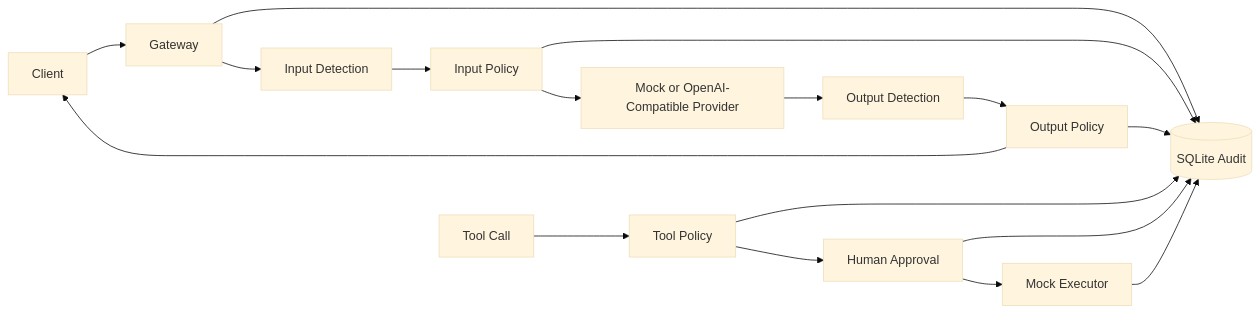
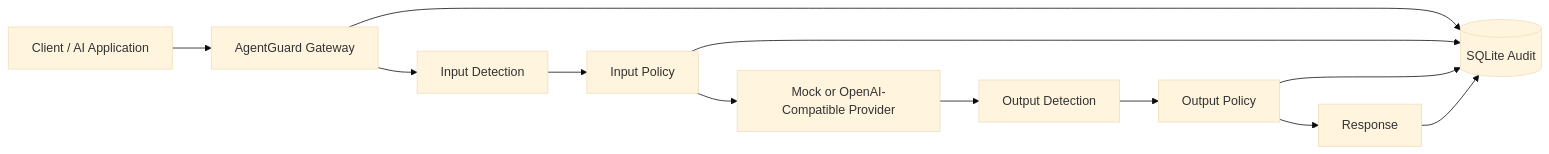
The diagram in README.md (Bitesdust-3/agentguard), drawn with Mermaid (base theme) before and after one commit. The commit also changed other lines of this file and 32 other files, not shown here.

````diff
--- a/README.md
+++ b/README.md
@@ -40,20 +43,14 @@
 ```mermaid
 flowchart LR
-    Client --> Gateway
+    Client[Client / AI Application] --> Gateway[AgentGuard Gateway]
     Gateway --> InputGuard[Input Detection]
     InputGuard --> InputPolicy[Input Policy]
     InputPolicy --> Provider[Mock or OpenAI-Compatible Provider]
     Provider --> OutputGuard[Output Detection]
     OutputGuard --> OutputPolicy[Output Policy]
-    OutputPolicy --> Client
+    OutputPolicy --> Response[Response]
     Gateway --> Audit[(SQLite Audit)]
     InputPolicy --> Audit
     OutputPolicy --> Audit
-
-    ToolCall[Tool Call] --> ToolPolicy[Tool Policy]
-    ToolPolicy --> Approval[Human Approval]
-    Approval --> MockExecutor[Mock Executor]
-    ToolPolicy --> Audit
-    Approval --> Audit
-    MockExecutor --> Audit
+    Response --> Audit
 ```
````
